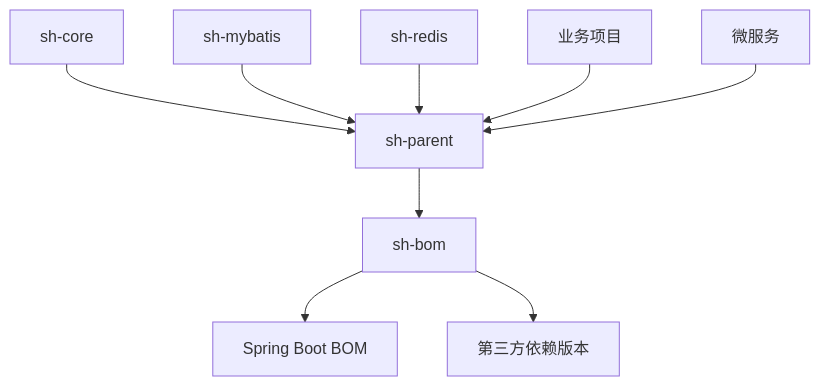
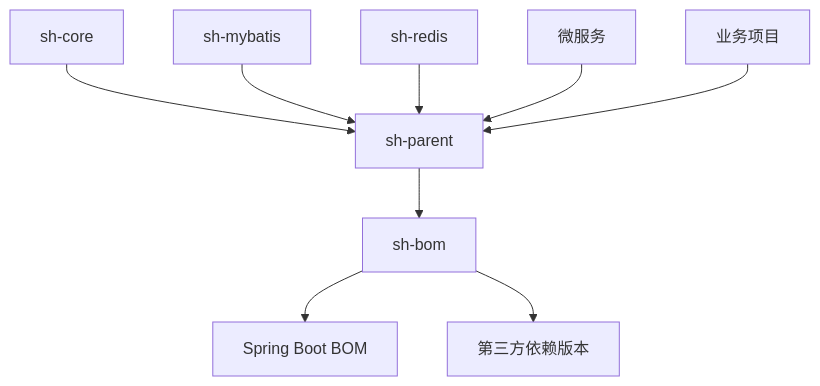
One commit to shrimp-group/sh-doc changed the first of 2 diagrams in docs/framework/bom.md. Above: the diagram before and after it, drawn with Mermaid. The commit also changed other lines of this file and 3 other files, not shown here.

````diff
--- a/docs/framework/bom.md
+++ b/docs/framework/bom.md
@@ -271,13 +271,13 @@
 ```mermaid
 graph TB
     A[sh-parent] --> B[sh-bom]
     B --> C[Spring Boot BOM]
     B --> D[第三方依赖版本]
-    
+
     E[sh-core] --> A
     F[sh-mybatis] --> A
     G[sh-redis] --> A
-    
-    H[业务项目] --> A
-    I[微服务] --> A
+
+    H[微服务] --> A
+    I[业务项目] --> A
 ```
````
